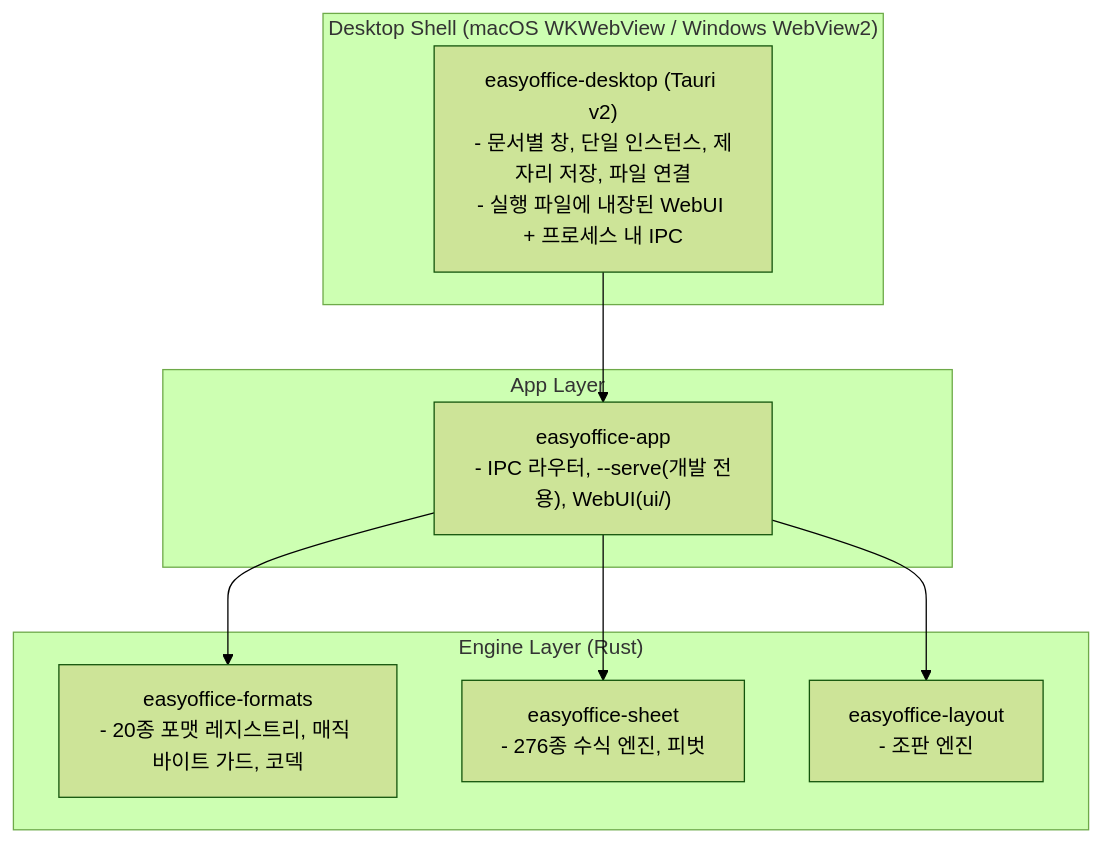
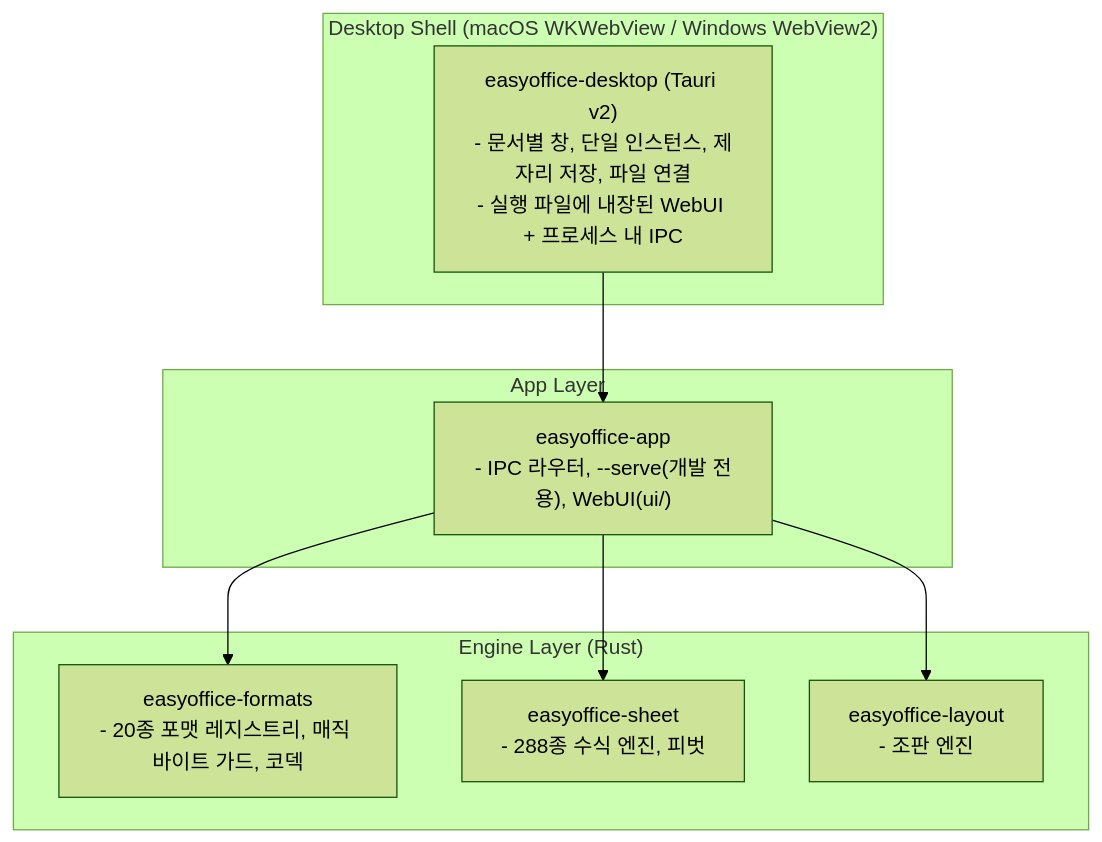
Before and after one commit to AquilaXk/easyoffice: the diagram in docs/architecture.md, drawn with Mermaid (forest theme). The commit also changed other lines of this file and 24 other files, not shown here.

````diff
--- a/docs/architecture.md
+++ b/docs/architecture.md
@@ -9,18 +9,18 @@
 ```mermaid
 flowchart TD
     subgraph ShellLayer["Desktop Shell (macOS WKWebView / Windows WebView2)"]
         Desktop["easyoffice-desktop (Tauri v2)\n- 문서별 창, 단일 인스턴스, 제자리 저장, 파일 연결\n- 실행 파일에 내장된 WebUI + 프로세스 내 IPC"]
     end
     subgraph AppLayer["App Layer"]
         App["easyoffice-app\n- IPC 라우터, --serve(개발 전용), WebUI(ui/)"]
     end
     subgraph CoreLayer["Engine Layer (Rust)"]
         Formats["easyoffice-formats\n- 20종 포맷 레지스트리, 매직 바이트 가드, 코덱"]
-        Sheet["easyoffice-sheet\n- 276종 수식 엔진, 피벗"]
+        Sheet["easyoffice-sheet\n- 288종 수식 엔진, 피벗"]
         Layout["easyoffice-layout\n- 조판 엔진"]
     end
     Desktop --> App
     App --> Formats
     App --> Sheet
     App --> Layout
 ```
````
